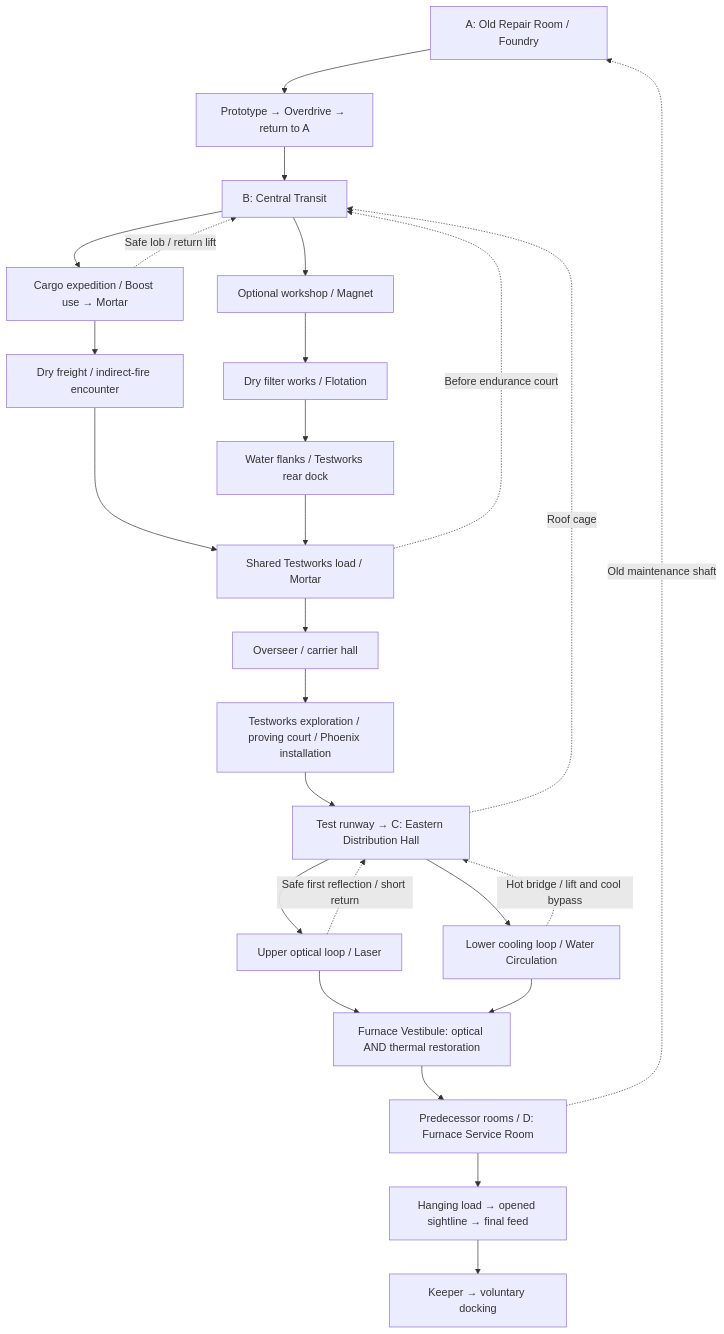
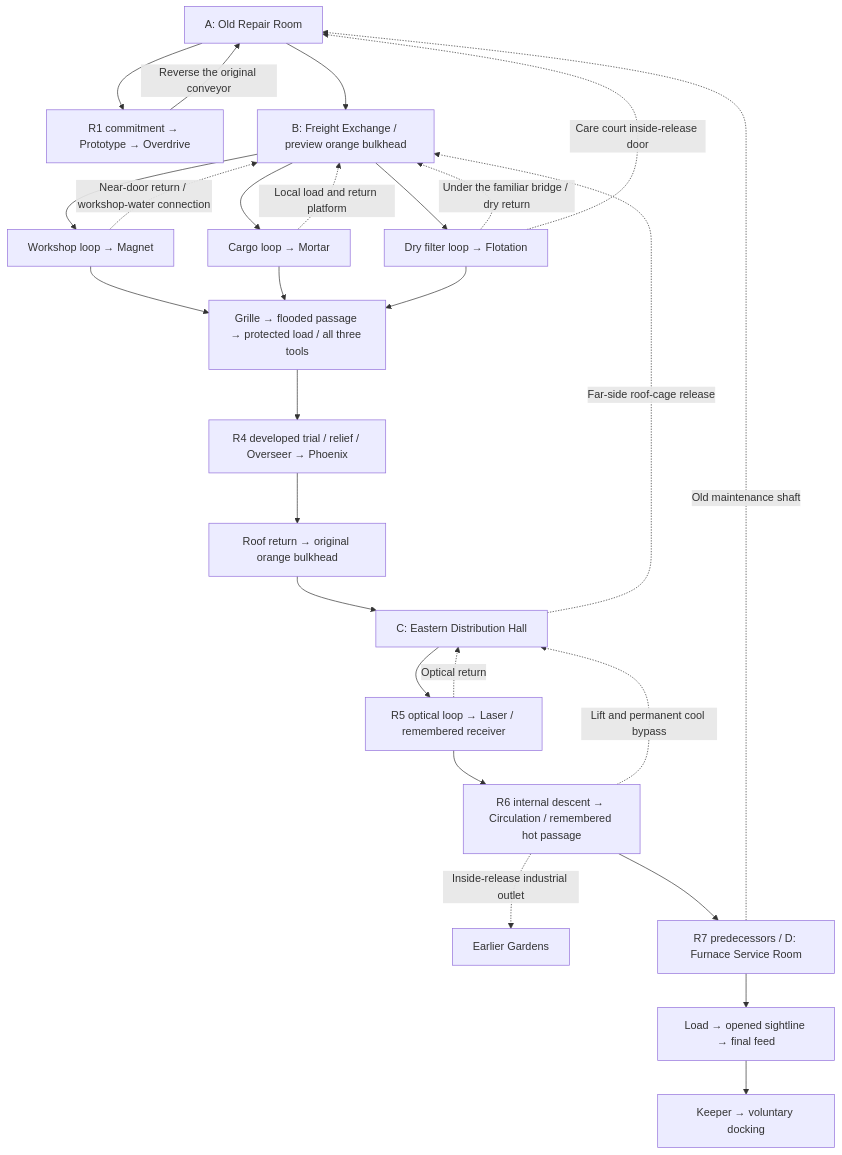
One commit to Milky2018/tankle-adventure-astra changed the first of 2 diagrams in Gamespec.md. Above: the diagram before and after it, drawn with Mermaid. The commit also changed other lines of this file and 27 other files, not shown here.

````diff
--- a/Gamespec.md
+++ b/Gamespec.md
@@ -359,28 +369,29 @@
 ```mermaid
 flowchart TD
-    A["A: Old Repair Room / Foundry"] --> O["Prototype → Overdrive → return to A"]
-    O --> B["B: Central Transit"]
-    B --> CARGO["Cargo expedition / Boost use → Mortar"]
-    CARGO -.->|Safe lob / return lift| B
-    CARGO --> DR["Dry freight / indirect-fire encounter"]
-    B --> M["Optional workshop / Magnet"]
-    M --> F["Dry filter works / Flotation"]
-    F --> WR["Water flanks / Testworks rear dock"]
-    DR --> T["Shared Testworks load / Mortar"]
-    WR --> T
-    T -.->|Before endurance court| B
-    T --> OV["Overseer / carrier hall"]
-    OV --> P["Testworks exploration / proving court / Phoenix installation"]
-    P --> C["Test runway → C: Eastern Distribution Hall"]
-    C -.->|Roof cage| B
-    C --> L["Upper optical loop / Laser"]
-    C --> W["Lower cooling loop / Water Circulation"]
-    L -.->|Safe first reflection / short return| C
-    W -.->|Hot bridge / lift and cool bypass| C
-    L --> V["Furnace Vestibule: optical AND thermal restoration"]
-    W --> V
-    V --> D["Predecessor rooms / D: Furnace Service Room"]
-    D -.->|Old maintenance shaft| A
-    D --> FEED["Hanging load → opened sightline → final feed"]
+    A["A: Old Repair Room"] --> F["R1 commitment → Prototype → Overdrive"]
+    F -->|"Reverse the original conveyor"| A
+    A --> B["B: Freight Exchange / preview orange bulkhead"]
+    B --> M["Workshop loop → Magnet"]
+    B --> O["Cargo loop → Mortar"]
+    B --> W["Dry filter loop → Flotation"]
+    M -.->|"Near-door return / workshop-water connection"| B
+    O -.->|"Local load and return platform"| B
+    W -.->|"Under the familiar bridge / dry return"| B
+    W -.->|"Care court inside-release door"| A
+    M --> X["Grille → flooded passage → protected load / all three tools"]
+    O --> X
+    W --> X
+    X --> T["R4 developed trial / relief / Overseer → Phoenix"]
+    T --> R["Roof return → original orange bulkhead"]
+    R --> C["C: Eastern Distribution Hall"]
+    C -.->|"Far-side roof-cage release"| B
+    C --> L["R5 optical loop → Laser / remembered receiver"]
+    L --> H["R6 internal descent → Circulation / remembered hot passage"]
+    L -.->|"Optical return"| C
+    H -.->|"Lift and permanent cool bypass"| C
+    H -.->|"Inside-release industrial outlet"| G["Earlier Gardens"]
+    H --> D["R7 predecessors / D: Furnace Service Room"]
+    D -.->|"Old maintenance shaft"| A
+    D --> FEED["Load → opened sightline → final feed"]
     FEED --> K["Keeper → voluntary docking"]
 ```
````
